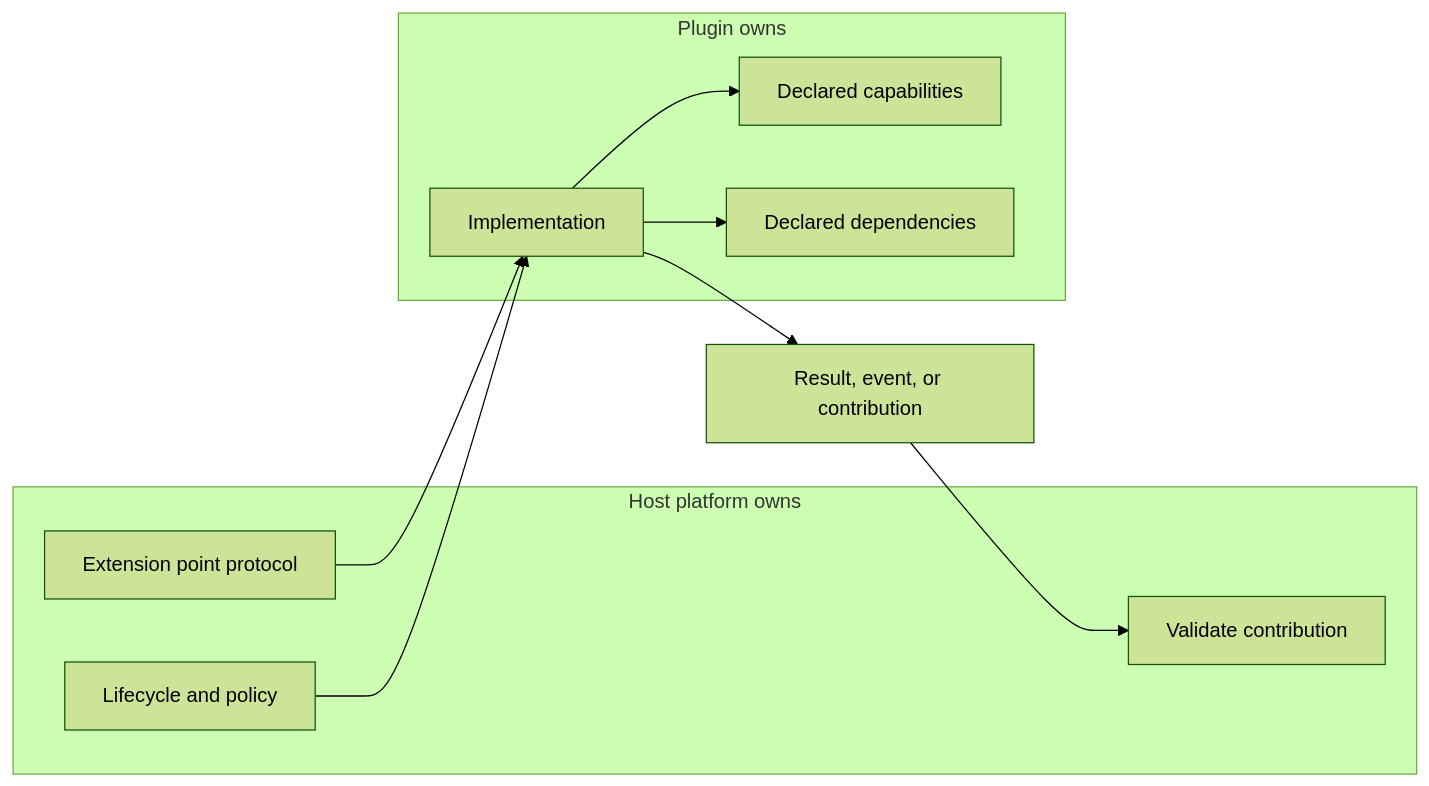
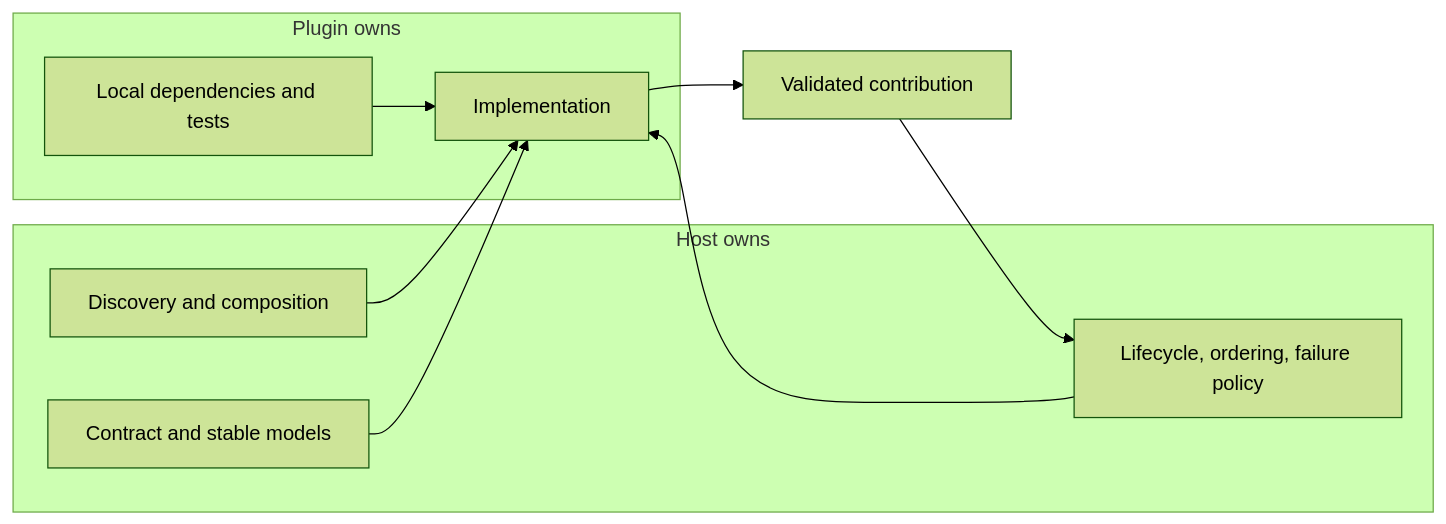
The diagram in docs/architecture/plugin-platform-and-sdk-architecture/extension-points-and-plugin-contracts/theory.md (melancholygaze13/preparation-kit), drawn with Mermaid (forest theme) before and after one commit. The commit also changed other lines of this file and 171 other files, not shown here.

Commit message:
docs: strengthen architecture and Swift interview preparation

````diff
--- a/docs/architecture/plugin-platform-and-sdk-architecture/extension-points-and-plugin-contracts/theory.md
+++ b/docs/architecture/plugin-platform-and-sdk-architecture/extension-points-and-plugin-contracts/theory.md
@@ -32,21 +40,20 @@
 ```mermaid
 flowchart LR
-    subgraph Host["Host platform owns"]
-        Entry["Extension point protocol"]
-        Policy["Lifecycle and policy"]
-        Validate["Validate contribution"]
+    subgraph Host["Host owns"]
+        Contract["Contract and stable models"]
+        Policy["Lifecycle, ordering, failure policy"]
+        Compose["Discovery and composition"]
     end
 
-    subgraph Plugin["Plugin owns"]
+    subgraph Contributor["Plugin owns"]
         Impl["Implementation"]
-        Caps["Declared capabilities"]
-        Deps["Declared dependencies"]
+        Local["Local dependencies and tests"]
     end
 
-    Entry --> Impl
+    Compose --> Impl
+    Contract --> Impl
     Policy --> Impl
-    Impl --> Caps
-    Impl --> Deps
-    Impl --> Result["Result, event, or contribution"]
-    Result --> Validate
+    Local --> Impl
+    Impl --> Result["Validated contribution"]
+    Result --> Policy
 ```
````
